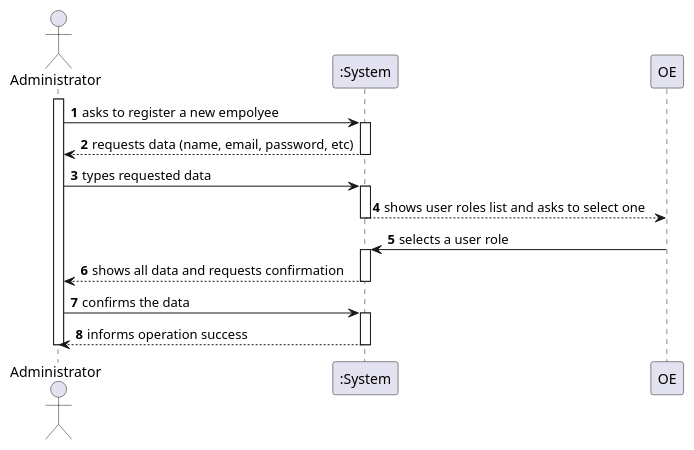
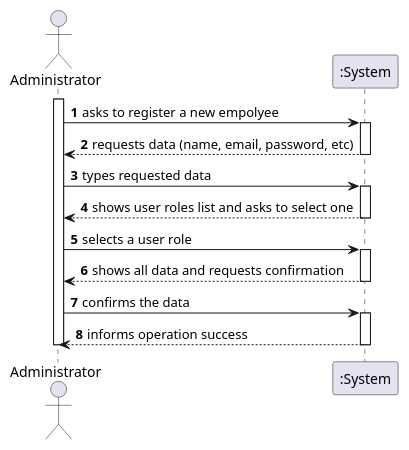
The diagram in docs/SprintB/US10/SSD/US10_SSD.puml (miseEnPlace-i/lapr2), drawn with PlantUML before and after one commit.

Commit message:
docs(us-10): fixed ssd

```diff
--- a/docs/SprintB/US10/SSD/US10_SSD.puml
+++ b/docs/SprintB/US10/SSD/US10_SSD.puml
@@ -1,28 +1,28 @@
 @startuml US10_SSD
 autonumber
 actor "Administrator" as admin
 
 activate admin
 admin -> ":System" : asks to register a new empolyee
 activate ":System"
 ":System" --> admin : requests data (name, email, password, etc)
 deactivate ":System"
 
 admin -> ":System" : types requested data
 activate ":System"
-":System" --> OE : shows user roles list and asks to select one
+":System" --> admin : shows user roles list and asks to select one
 deactivate ":System"
 
-OE -> ":System" : selects a user role
+admin -> ":System" : selects a user role
 activate ":System"
 ":System" --> admin : shows all data and requests confirmation
 deactivate ":System"
 
 admin -> ":System" : confirms the data
 activate ":System"
 ":System" --> admin : informs operation success
 deactivate ":System"
 
 deactivate admin
 
 @enduml
```
